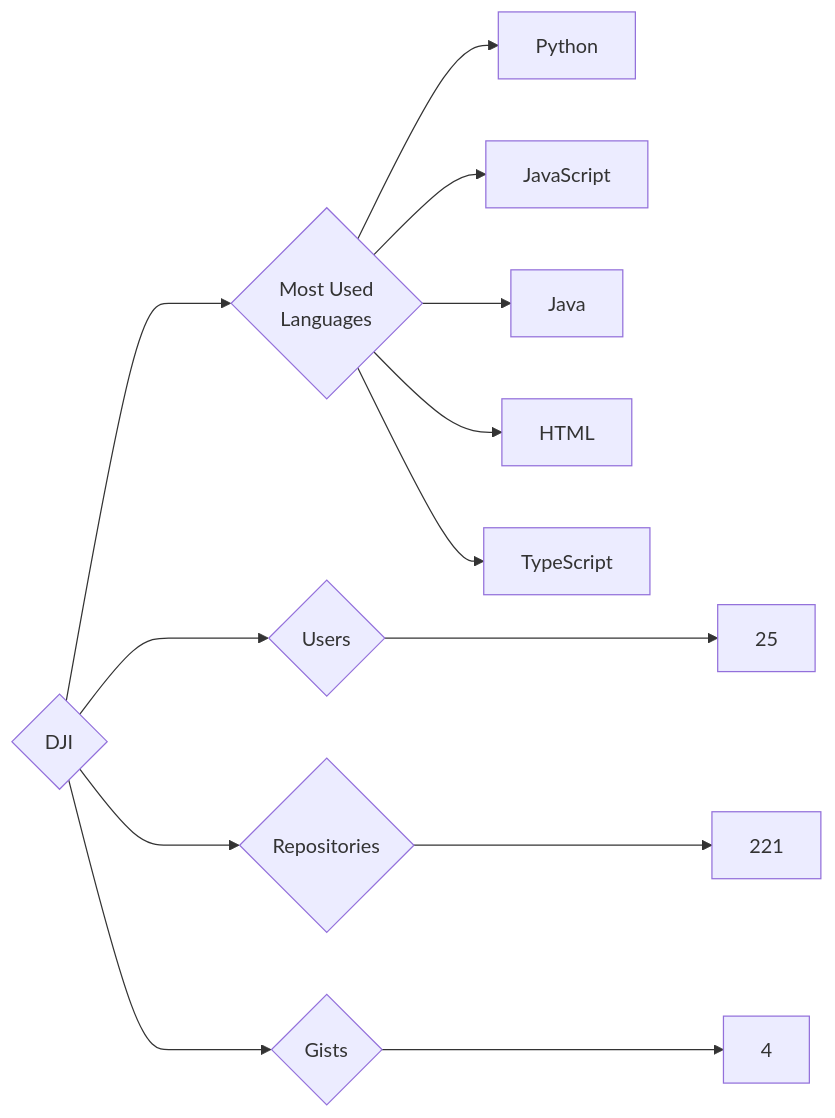
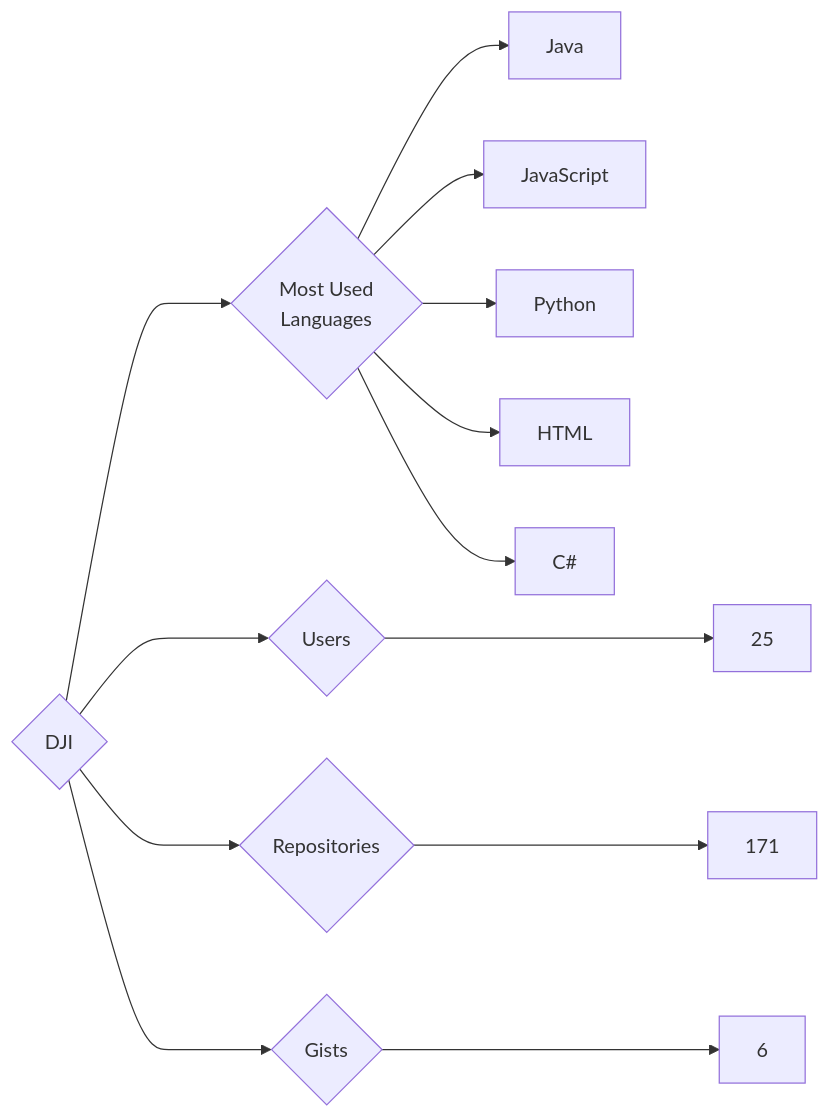
One commit to trickest/insiders changed the diagram in targets/DJI/README.md. Above: the diagram before and after it, drawn with Mermaid. The commit also changed 845 other files, not shown here.

````diff
--- a/targets/DJI/README.md
+++ b/targets/DJI/README.md
@@ -3,13 +3,13 @@
 ```mermaid
 graph LR
 COMPANY_NAME{DJI}
 COMPANY_NAME ---> U{Users} ---> UN[25]
-COMPANY_NAME ---> R{Repositories} ---> RN[221]
-COMPANY_NAME ---> G{Gists} ---> GN[4]
+COMPANY_NAME ---> R{Repositories} ---> RN[171]
+COMPANY_NAME ---> G{Gists} ---> GN[6]
 COMPANY_NAME ---> ML{Most Used<br>Languages}
+ML --> Java[Java]
+ML --> JavaScript[JavaScript]
 ML --> Python[Python]
-ML --> JavaScript[JavaScript]
-ML --> Java[Java]
 ML --> HTML[HTML]
-ML --> TypeScript[TypeScript]
+ML --> C#[C#]
 ```
````
